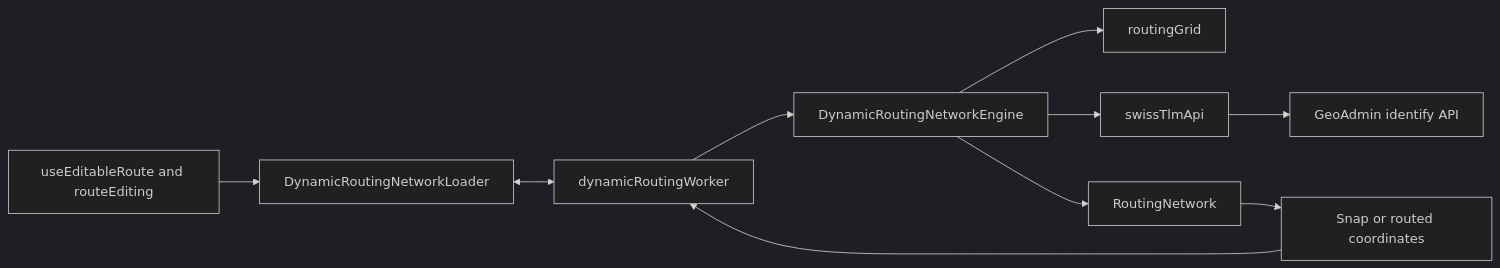
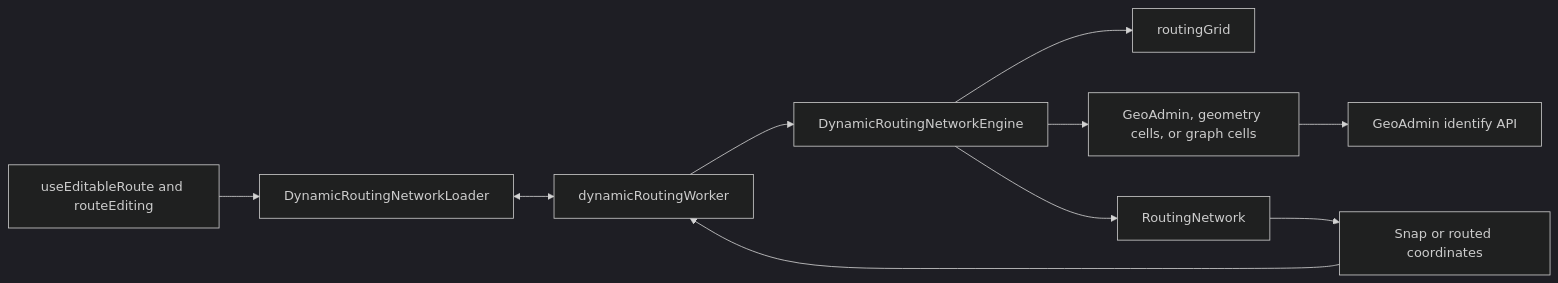
The diagram in docs/ROUTING.md (egofree71/via-helvetica), drawn with Mermaid (dark theme) before and after one commit. The commit also changed other lines of this file and 28 other files, not shown here.

````diff
--- a/docs/ROUTING.md
+++ b/docs/ROUTING.md
@@ -58,12 +66,12 @@
 ```mermaid
 flowchart LR
     Editor[useEditableRoute and routeEditing] --> Facade[DynamicRoutingNetworkLoader]
     Facade <--> Worker[dynamicRoutingWorker]
     Worker --> Engine[DynamicRoutingNetworkEngine]
     Engine --> Grid[routingGrid]
-    Engine --> Provider[swissTlmApi]
+    Engine --> Provider[GeoAdmin, geometry cells, or graph cells]
     Engine --> Router[RoutingNetwork]
     Provider --> GeoAdmin[GeoAdmin identify API]
     Router --> Result[Snap or routed coordinates]
     Result --> Worker
 ```
````
